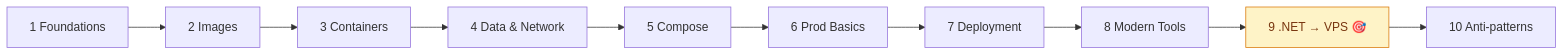
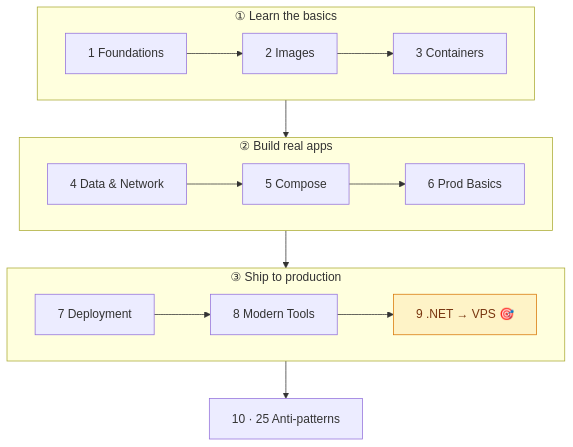
The first of 2 diagrams in README.md (wesamkhateeb98-creator/docker-zero-to-production), drawn with Mermaid before and after one commit. The commit also changed other lines of this file and 4 other files, not shown here.

First line of the commit message:
Fix README layout: readable diagrams and collapsible doc index

````diff
--- a/README.md
+++ b/README.md
@@ -14,7 +12,18 @@
 ```mermaid
-flowchart LR
-    P1["1 Foundations"] --> P2["2 Images"] --> P3["3 Containers"] --> P4["4 Data & Network"] --> P5["5 Compose"]
-    P5 --> P6["6 Prod Basics"] --> P7["7 Deployment"] --> P8["8 Modern Tools"] --> P9["9 .NET → VPS 🎯"] --> P10["10 Anti-patterns"]
+flowchart TB
+    subgraph L["① Learn the basics"]
+        direction LR
+        P1["1 Foundations"] --> P2["2 Images"] --> P3["3 Containers"]
+    end
+    subgraph B["② Build real apps"]
+        direction LR
+        P4["4 Data & Network"] --> P5["5 Compose"] --> P6["6 Prod Basics"]
+    end
+    subgraph S["③ Ship to production"]
+        direction LR
+        P7["7 Deployment"] --> P8["8 Modern Tools"] --> P9["9 .NET → VPS 🎯"]
+    end
+    L --> B --> S --> P10["10 · 25 Anti-patterns"]
     classDef goal fill:#fef3c7,stroke:#d97706,color:#78350f
     class P9 goal
 ```
````
